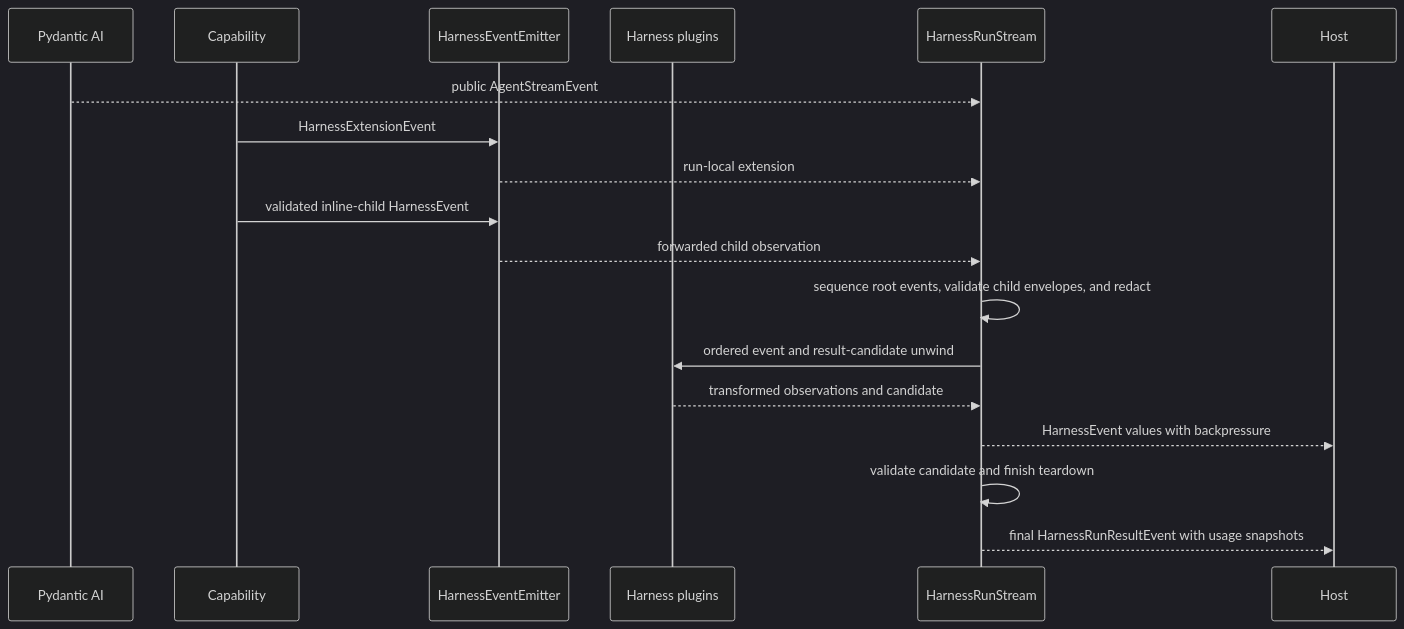
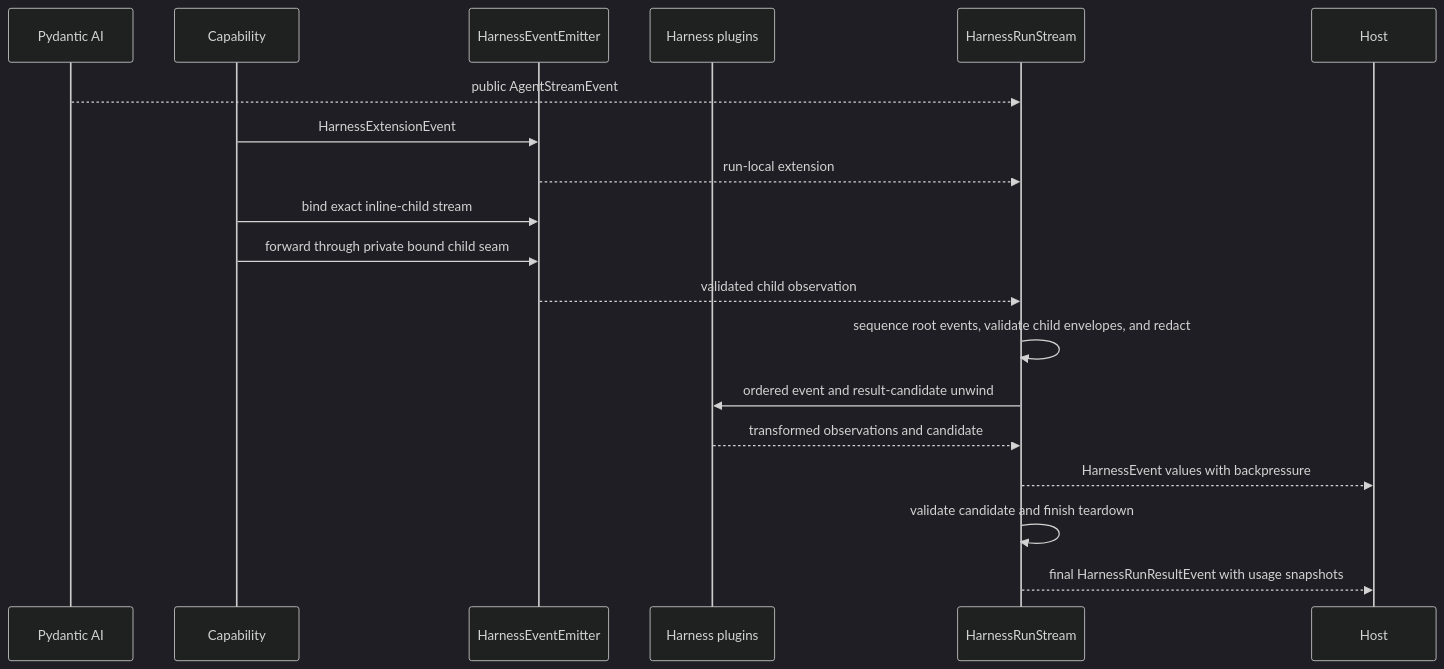
One commit to LTThreeComma/agent-foundation changed the first of 2 diagrams in spec/agent-harness/12-events-observability-and-usage.md. Above: the diagram before and after it, drawn with Mermaid (dark theme). The commit also changed other lines of this file and 24 other files, not shown here.

````diff
--- a/spec/agent-harness/12-events-observability-and-usage.md
+++ b/spec/agent-harness/12-events-observability-and-usage.md
@@ -50,21 +50,22 @@
 ```mermaid
 sequenceDiagram
     participant PAI as Pydantic AI
     participant Capability
     participant Emitter as HarnessEventEmitter
     participant Plugins as Harness plugins
     participant Stream as HarnessRunStream
     participant Host
 
     PAI-->>Stream: public AgentStreamEvent
     Capability->>Emitter: HarnessExtensionEvent
     Emitter-->>Stream: run-local extension
-    Capability->>Emitter: validated inline-child HarnessEvent
-    Emitter-->>Stream: forwarded child observation
+    Capability->>Emitter: bind exact inline-child stream
+    Capability->>Emitter: forward through private bound child seam
+    Emitter-->>Stream: validated child observation
     Stream->>Stream: sequence root events, validate child envelopes, and redact
     Stream->>Plugins: ordered event and result-candidate unwind
     Plugins-->>Stream: transformed observations and candidate
     Stream-->>Host: HarnessEvent values with backpressure
     Stream->>Stream: validate candidate and finish teardown
     Stream-->>Host: final HarnessRunResultEvent with usage snapshots
 ```
````
